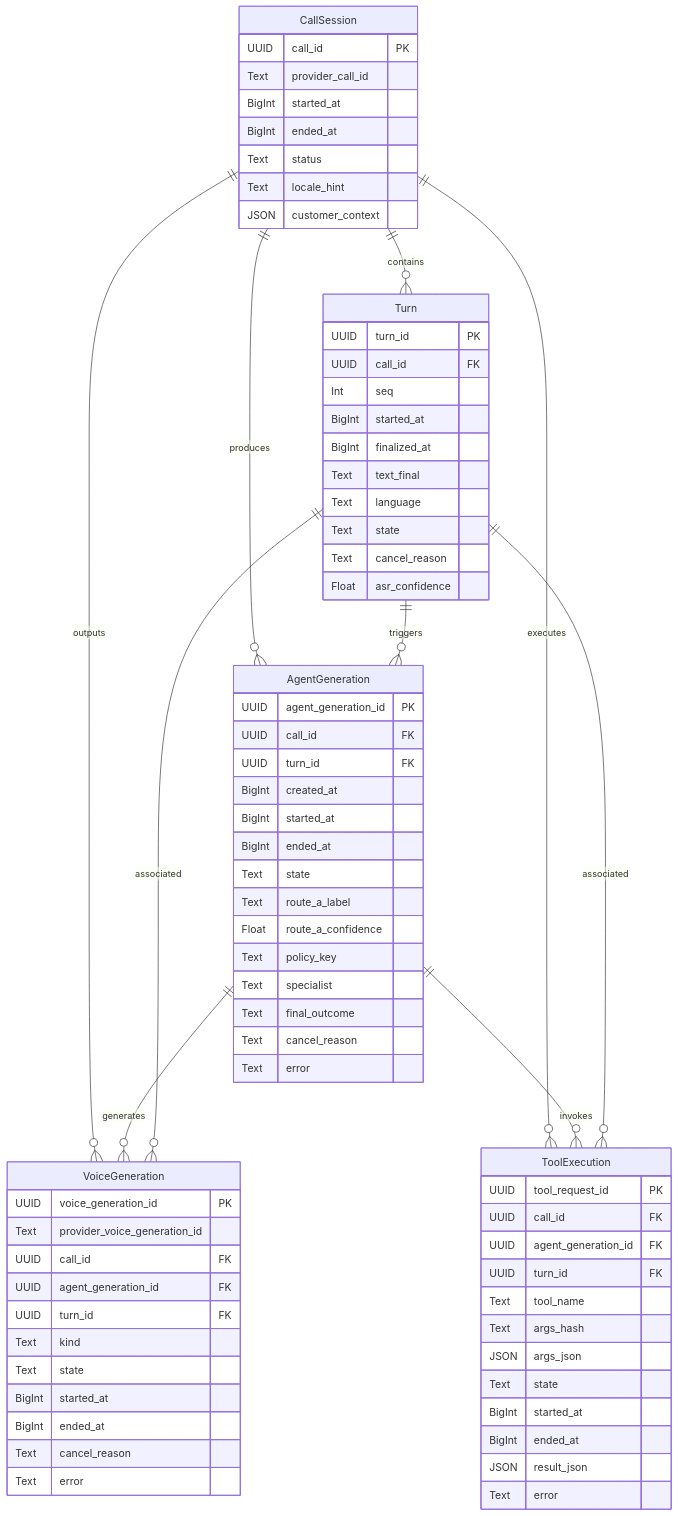
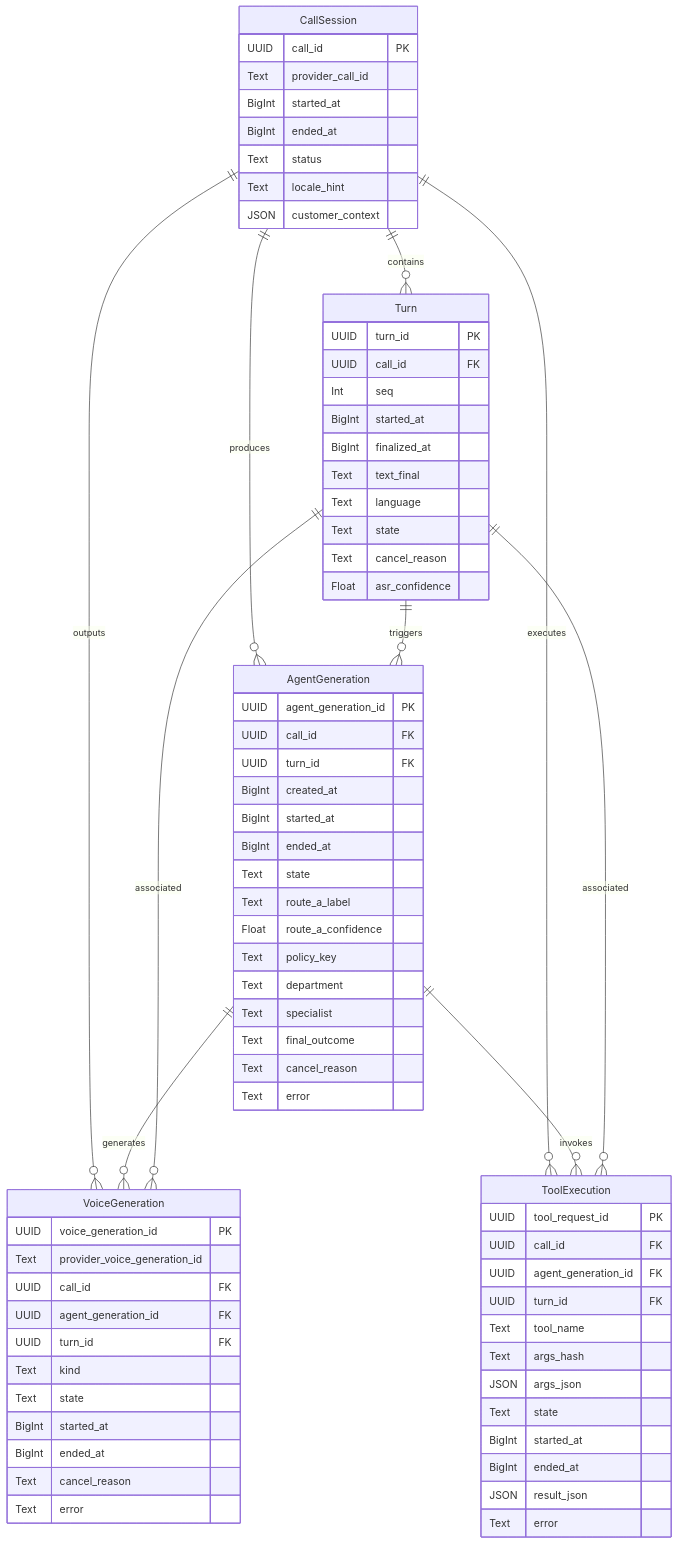
One commit to JonathanCastroMiguel/Event-Driven-Ai-Voice changed the diagram in ai-specs/specs/data-model.md. Above: the diagram before and after it, drawn with Mermaid. The commit also changed other lines of this file and 5 other files, not shown here.

````diff
--- a/ai-specs/specs/data-model.md
+++ b/ai-specs/specs/data-model.md
@@ -129,77 +130,78 @@
 ```mermaid
 erDiagram
     CallSession {
         UUID call_id PK
         Text provider_call_id
         BigInt started_at
         BigInt ended_at
         Text status
         Text locale_hint
         JSON customer_context
     }
     Turn {
         UUID turn_id PK
         UUID call_id FK
         Int seq
         BigInt started_at
         BigInt finalized_at
         Text text_final
         Text language
         Text state
         Text cancel_reason
         Float asr_confidence
     }
     AgentGeneration {
         UUID agent_generation_id PK
         UUID call_id FK
         UUID turn_id FK
         BigInt created_at
         BigInt started_at
         BigInt ended_at
         Text state
         Text route_a_label
         Float route_a_confidence
         Text policy_key
+        Text department
         Text specialist
         Text final_outcome
         Text cancel_reason
         Text error
     }
     VoiceGeneration {
         UUID voice_generation_id PK
         Text provider_voice_generation_id
         UUID call_id FK
         UUID agent_generation_id FK
         UUID turn_id FK
         Text kind
         Text state
         BigInt started_at
         BigInt ended_at
         Text cancel_reason
         Text error
     }
     ToolExecution {
         UUID tool_request_id PK
         UUID call_id FK
         UUID agent_generation_id FK
         UUID turn_id FK
         Text tool_name
         Text args_hash
         JSON args_json
         Text state
         BigInt started_at
         BigInt ended_at
         JSON result_json
         Text error
     }
 
     CallSession ||--o{ Turn : "contains"
     CallSession ||--o{ AgentGeneration : "produces"
     CallSession ||--o{ VoiceGeneration : "outputs"
     CallSession ||--o{ ToolExecution : "executes"
     Turn ||--o{ AgentGeneration : "triggers"
     AgentGeneration ||--o{ VoiceGeneration : "generates"
     AgentGeneration ||--o{ ToolExecution : "invokes"
     Turn ||--o{ VoiceGeneration : "associated"
     Turn ||--o{ ToolExecution : "associated"
 ```
````
